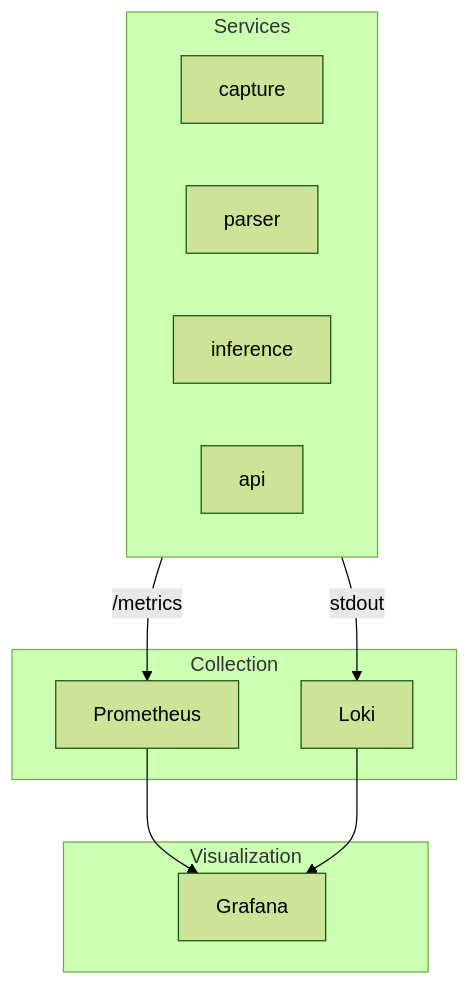
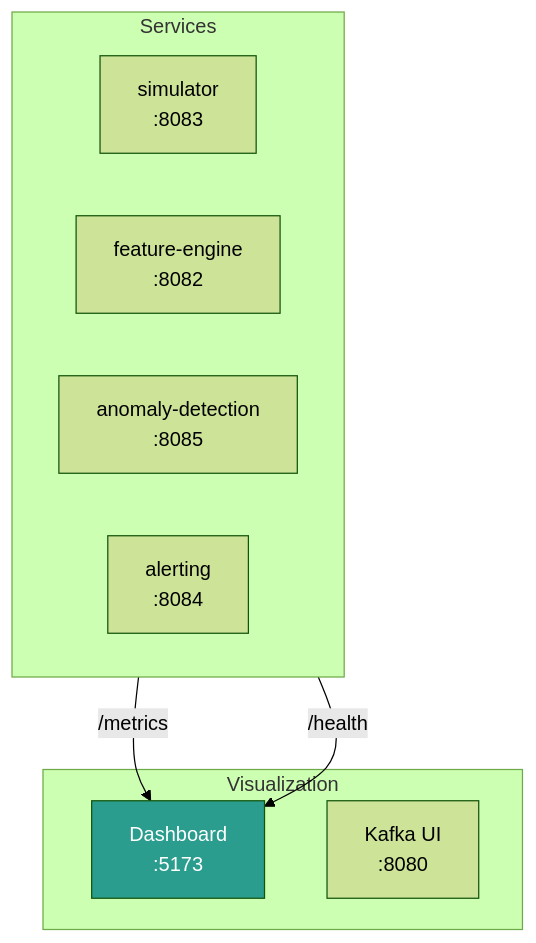
One commit to caverac/ics-anomaly-detection changed the diagram in packages/docs/docs/operations/monitoring.md. Above: the diagram before and after it, drawn with Mermaid (forest theme). The commit also changed other lines of this file and 35 other files, not shown here.

````diff
--- a/packages/docs/docs/operations/monitoring.md
+++ b/packages/docs/docs/operations/monitoring.md
@@ -11,23 +11,19 @@
 ```mermaid
 flowchart TB
     subgraph Services["Services"]
-        SVC1["capture"]
-        SVC2["parser"]
-        SVC3["inference"]
-        SVC4["api"]
-    end
-
-    subgraph Collection["Collection"]
-        PROM["Prometheus"]
-        LOKI["Loki"]
+        SIM["simulator<br/>:8083"]
+        FE["feature-engine<br/>:8082"]
+        AD["anomaly-detection<br/>:8085"]
+        ALERT["alerting<br/>:8084"]
     end
 
     subgraph Visualization["Visualization"]
-        GRAF["Grafana"]
+        DASH["Dashboard<br/>:5173"]
+        KAFKAUI["Kafka UI<br/>:8080"]
     end
 
-    Services -->|"/metrics"| PROM
-    Services -->|"stdout"| LOKI
-    PROM --> GRAF
-    LOKI --> GRAF
+    Services -->|"/metrics"| DASH
+    Services -->|"/health"| DASH
+
+    style DASH fill:#2a9d8f,color:#fff
 ```
````
